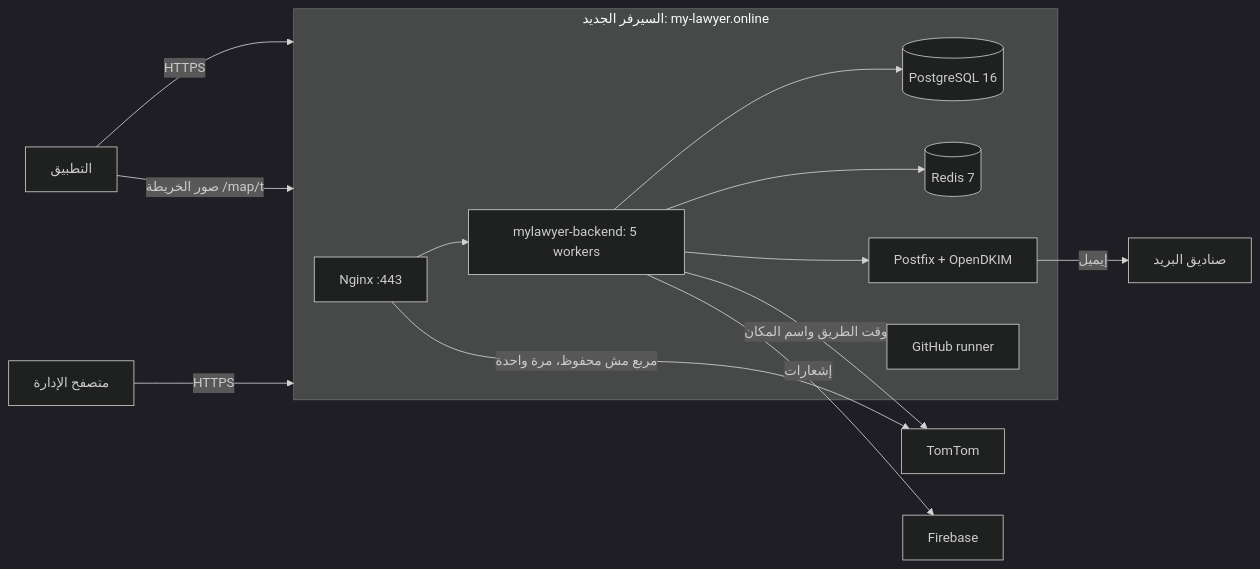
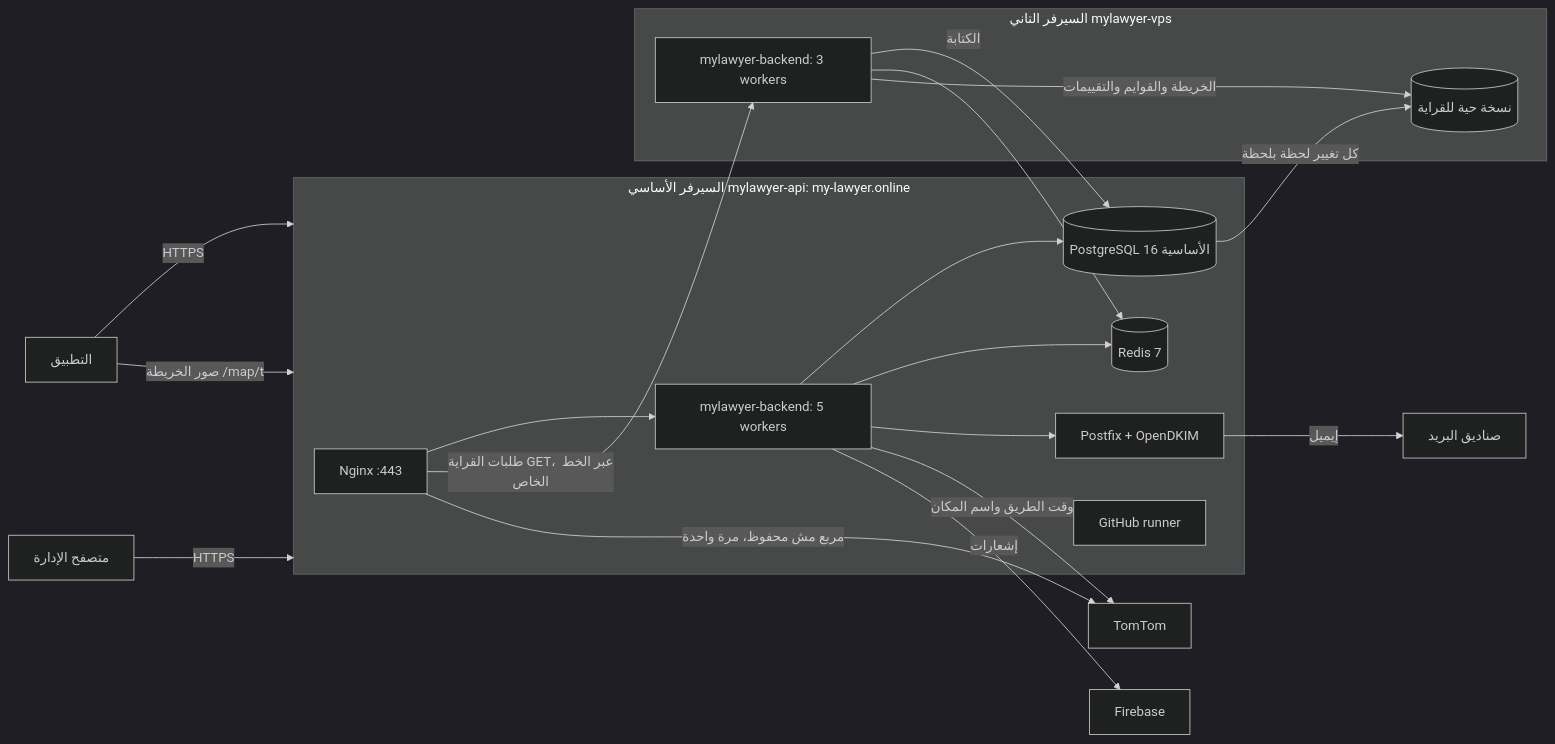
One commit to same7samy00/MyLawyer- changed the diagram in docs/SERVER_ARCHITECTURE.md. Above: the diagram before and after it, drawn with Mermaid (dark theme). The commit also changed other lines of this file and 3 other files, not shown here.

````diff
--- a/docs/SERVER_ARCHITECTURE.md
+++ b/docs/SERVER_ARCHITECTURE.md
@@ -6,17 +6,26 @@
 ```mermaid
 flowchart LR
   Phone[التطبيق] -- HTTPS --> API
   Admin[متصفح الإدارة] -- HTTPS --> API
   Phone -- صور الخريطة /map/t --> API
-  subgraph API[السيرفر الجديد: my-lawyer.online]
+  subgraph API[السيرفر الأساسي mylawyer-api: my-lawyer.online]
     N1[Nginx :443] --> B[mylawyer-backend: 5 workers]
-    B --> PG[(PostgreSQL 16)]
+    B --> PG[(PostgreSQL 16 الأساسية)]
     B --> RD[(Redis 7)]
     B --> PF[Postfix + OpenDKIM]
     R[GitHub runner]
   end
+  subgraph VPS[السيرفر التاني mylawyer-vps]
+    B2[mylawyer-backend: 3 workers]
+    PG2[(نسخة حية للقراية)]
+  end
+  N1 -- طلبات القراية GET، عبر الخط الخاص --> B2
+  B2 -- الكتابة --> PG
+  B2 --> RD
+  B2 -- الخريطة والقوايم والتقييمات --> PG2
+  PG -- كل تغيير لحظة بلحظة --> PG2
   N1 -- مربع مش محفوظ، مرة واحدة --> TT[TomTom]
   B -- وقت الطريق واسم المكان --> TT
   B -- إشعارات --> FCM[Firebase]
   PF -- إيميل --> Mail[صناديق البريد]
 ```
````
